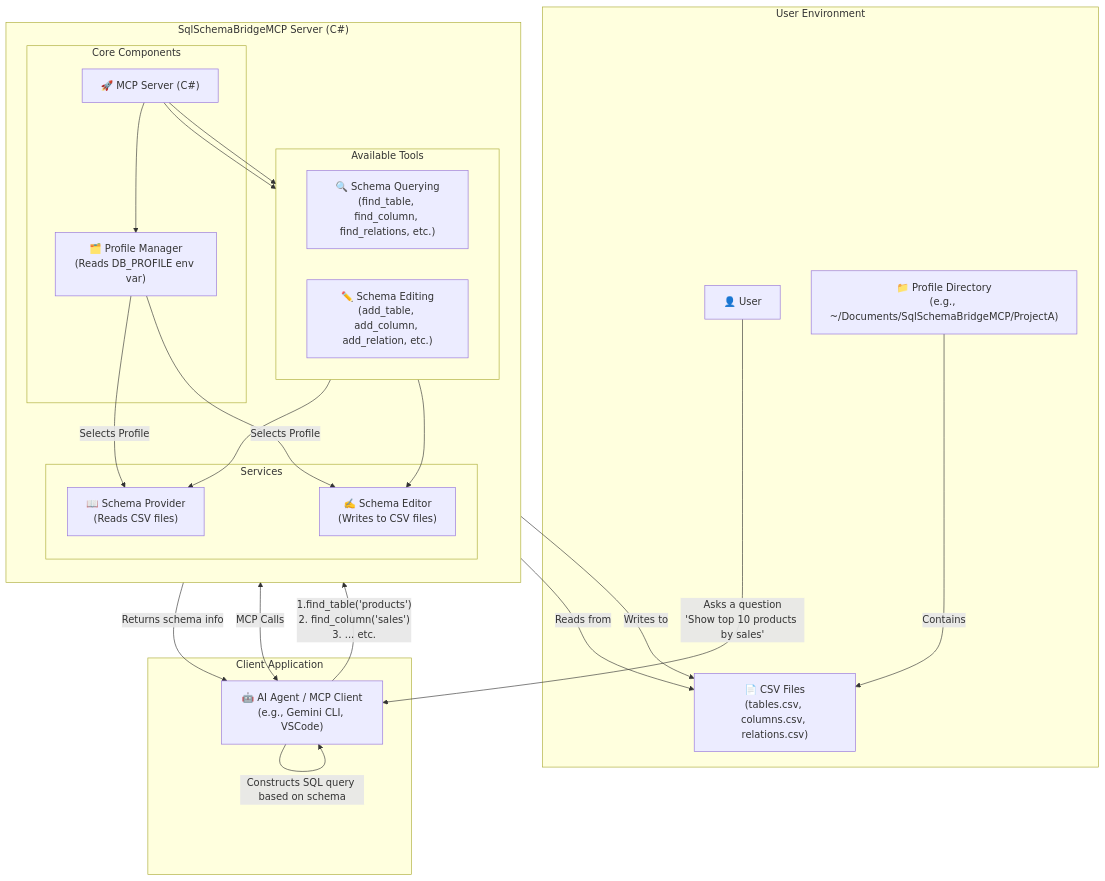
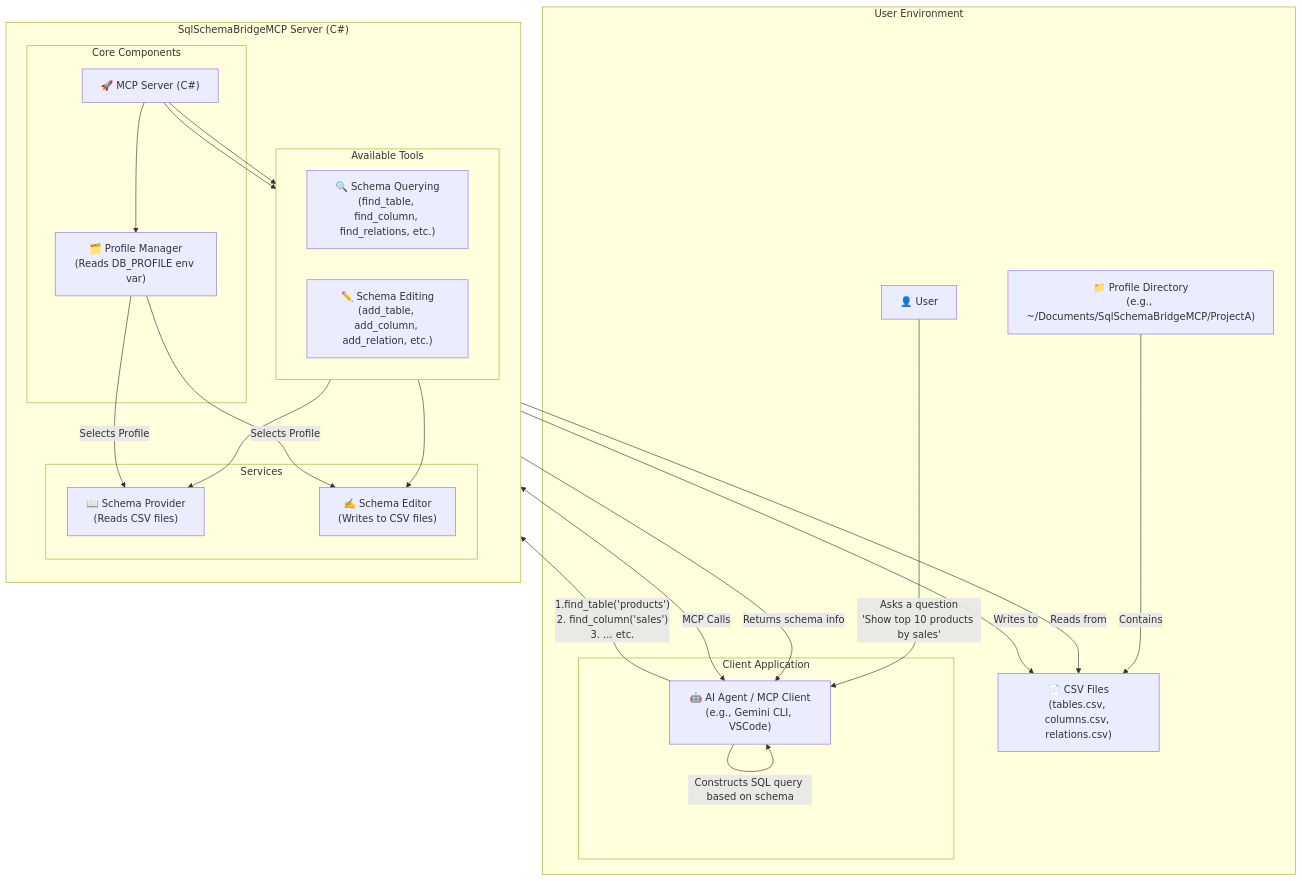
The first of 2 diagrams in README.md (yt3trees/SqlSchemaBridgeMCP), drawn with Mermaid before and after one commit. The commit also changed 1 other file, not shown here.

````diff
--- a/README.md
+++ b/README.md
@@ -5,57 +5,58 @@
 ```mermaid
 graph TB
     subgraph "User Environment"
         User["👤 User"]
         ProfileDir["📁 Profile Directory<br/>(e.g., ~/Documents/SqlSchemaBridgeMCP/ProjectA)"]
         CSVs["📄 CSV Files<br/>(tables.csv, columns.csv, relations.csv)"]
+
+        subgraph "Client Application"
+            Agent["🤖 AI Agent / MCP Client<br/>(e.g., Gemini CLI, VSCode)"]
+        end
     end
 
-    subgraph "Client Application"
-        Agent["🤖 AI Agent / MCP Client<br/>(e.g., Gemini CLI, VSCode)"]
-    end
 
     subgraph "SqlSchemaBridgeMCP Server (C#)"
         direction TB
 
         subgraph "Core Components"
             Server["🚀 MCP Server (C#)"]
             ProfileManager["🗂️ Profile Manager<br/>(Reads DB_PROFILE env var)"]
         end
 
         subgraph "Services"
             SchemaProvider["📖 Schema Provider<br/>(Reads CSV files)"]
             SchemaEditor["✍️ Schema Editor<br/>(Writes to CSV files)"]
         end
 
         subgraph "Available Tools"
             direction LR
             QueryTools["🔍 Schema Querying<br/>(find_table, find_column, find_relations, etc.)"]
             EditTools["✏️ Schema Editing<br/>(add_table, add_column, add_relation, etc.)"]
         end
     end
 
     %% Data Flow
     User -->|"Asks a question<br/>'Show top 10 products by sales'"| Agent
     ProfileDir -->|Contains| CSVs
 
     %% Client-Server Communication
     Agent <-->|"MCP Calls"| Server
 
     %% Server Internal Flow
     Server --> ProfileManager
     ProfileManager -->|"Selects Profile"| SchemaProvider
     ProfileManager -->|"Selects Profile"| SchemaEditor
 
     SchemaProvider -->|"Reads from"| CSVs
     SchemaEditor -->|"Writes to"| CSVs
 
     Server --> QueryTools
     Server --> EditTools
     QueryTools --> SchemaProvider
     EditTools --> SchemaEditor
 
     %% Agent builds the query
     Agent -->|"1.find_table('products')<br/>2. find_column('sales')<br/>3. ... etc."| QueryTools
     QueryTools -->|"Returns schema info"| Agent
     Agent -->|"Constructs SQL query based on schema"| Agent
 ```
````
